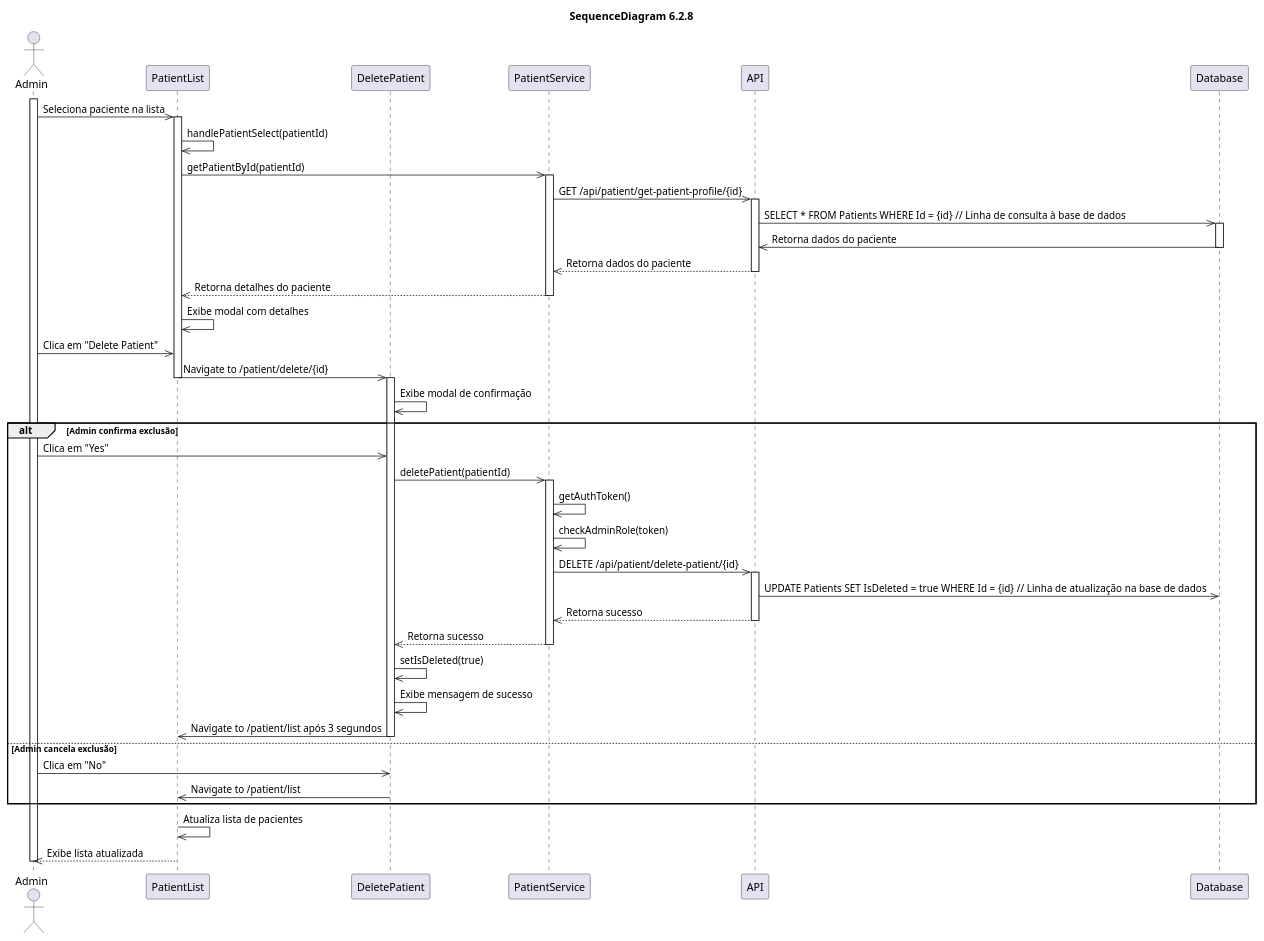
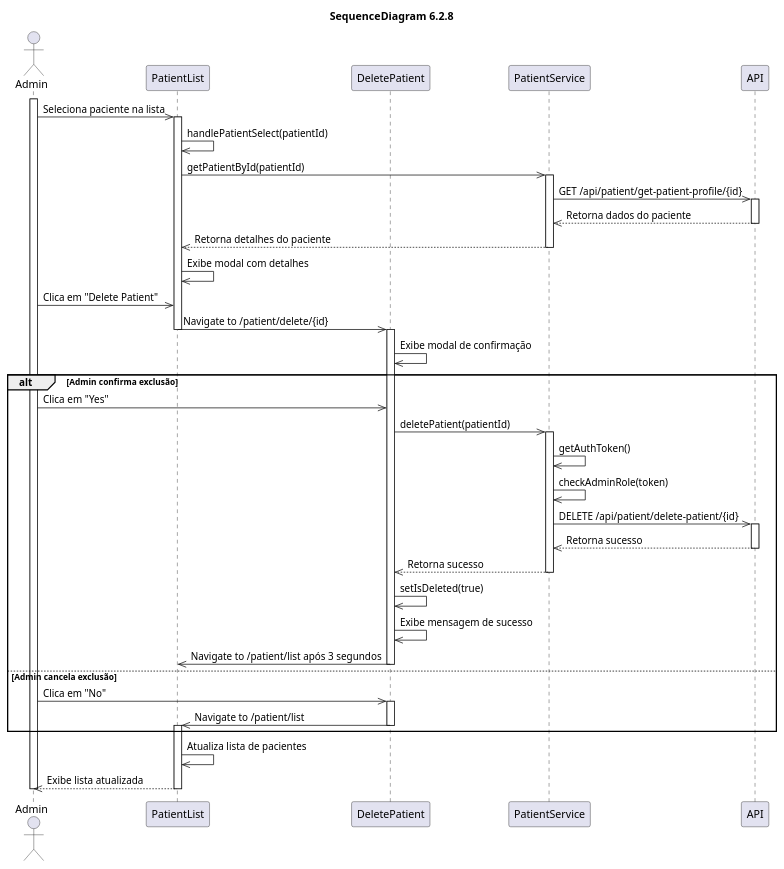
The diagram in docs/Sprint2/US 6.2.8/SD.puml (HugBar/3DC_G17), drawn with PlantUML before and after one commit. The commit also changed 11 other files, not shown here.

```diff
--- a/docs/Sprint2/US 6.2.8/SD.puml
+++ b/docs/Sprint2/US 6.2.8/SD.puml
@@ -1,63 +1,58 @@
-@startuml namespace 
+@startuml
 title "SequenceDiagram 6.2.8"
 actor Admin
 participant PatientList
 participant DeletePatient
 participant PatientService
 participant API
-participant Database
 
 activate Admin
 Admin->>PatientList: Seleciona paciente na lista
 activate PatientList
 PatientList->>PatientList: handlePatientSelect(patientId)
 PatientList->>PatientService: getPatientById(patientId)
 activate PatientService
 PatientService->>API: GET /api/patient/get-patient-profile/{id}
 activate API
-API->>Database: SELECT * FROM Patients WHERE Id = {id}  // Linha de consulta à base de dados
-activate Database
-Database->>API: Retorna dados do paciente
-deactivate Database
 API-->>PatientService: Retorna dados do paciente
 deactivate API
 PatientService-->>PatientList: Retorna detalhes do paciente
 deactivate PatientService
 PatientList->>PatientList: Exibe modal com detalhes
 
 Admin->>PatientList: Clica em "Delete Patient"
 PatientList->>DeletePatient: Navigate to /patient/delete/{id}
 deactivate PatientList
 activate DeletePatient
 DeletePatient->>DeletePatient: Exibe modal de confirmação
 
 alt Admin confirma exclusão
     Admin->>DeletePatient: Clica em "Yes"
     DeletePatient->>PatientService: deletePatient(patientId)
     activate PatientService
     PatientService->>PatientService: getAuthToken()
     PatientService->>PatientService: checkAdminRole(token)
     PatientService->>API: DELETE /api/patient/delete-patient/{id}
     activate API
-    API->>Database: UPDATE Patients SET IsDeleted = true WHERE Id = {id}  // Linha de atualização na base de dados
-    deactivate Database
     API-->>PatientService: Retorna sucesso
     deactivate API
     PatientService-->>DeletePatient: Retorna sucesso
     deactivate PatientService
     DeletePatient->>DeletePatient: setIsDeleted(true)
     DeletePatient->>DeletePatient: Exibe mensagem de sucesso
     DeletePatient->>PatientList: Navigate to /patient/list após 3 segundos
     deactivate DeletePatient
 else Admin cancela exclusão
     Admin->>DeletePatient: Clica em "No"
+    activate DeletePatient
     DeletePatient->>PatientList: Navigate to /patient/list
     deactivate DeletePatient
+    activate PatientList
 end
 
 activate PatientList
 PatientList->>PatientList: Atualiza lista de pacientes
 PatientList-->>Admin: Exibe lista atualizada
 deactivate PatientList
 deactivate Admin
 @enduml
```
